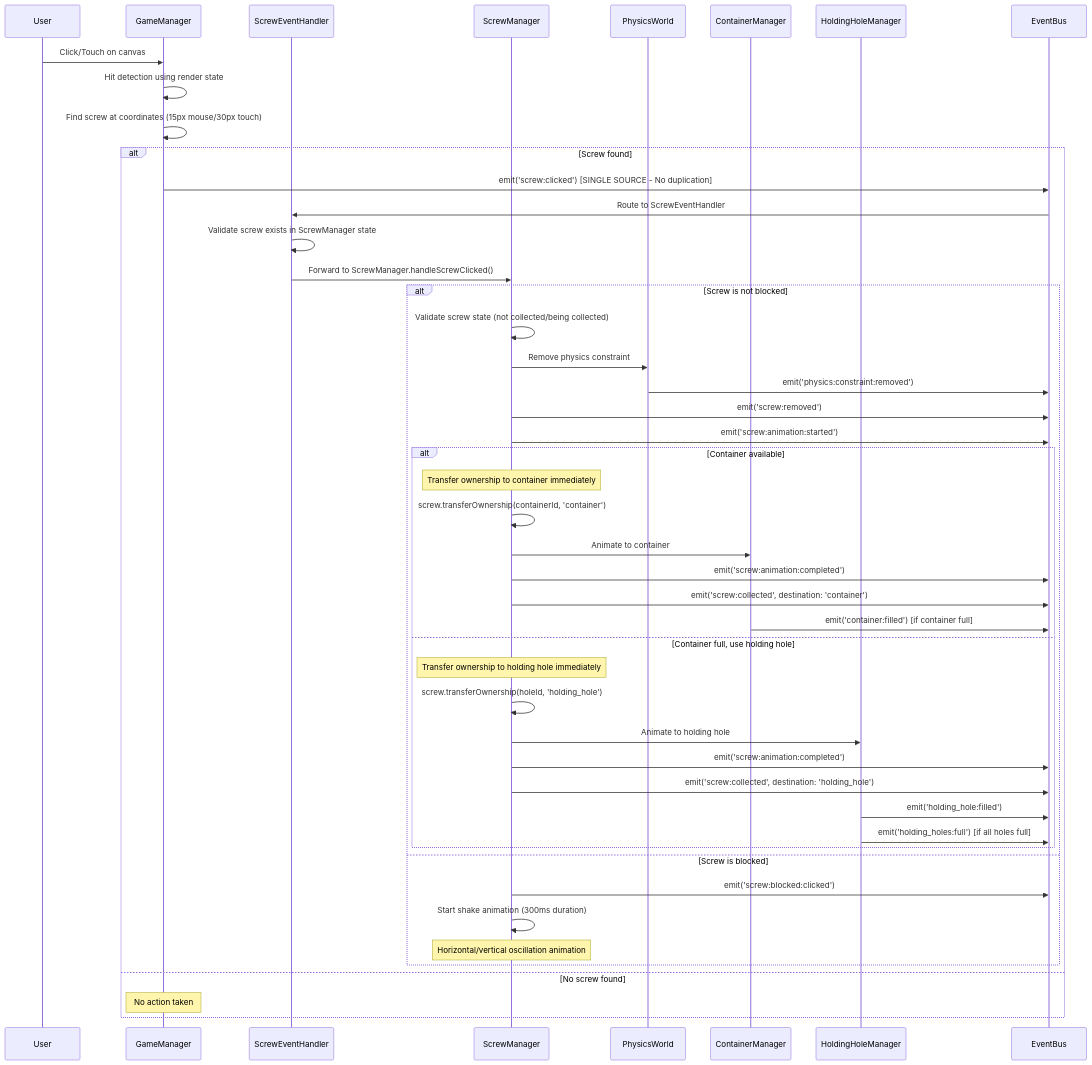
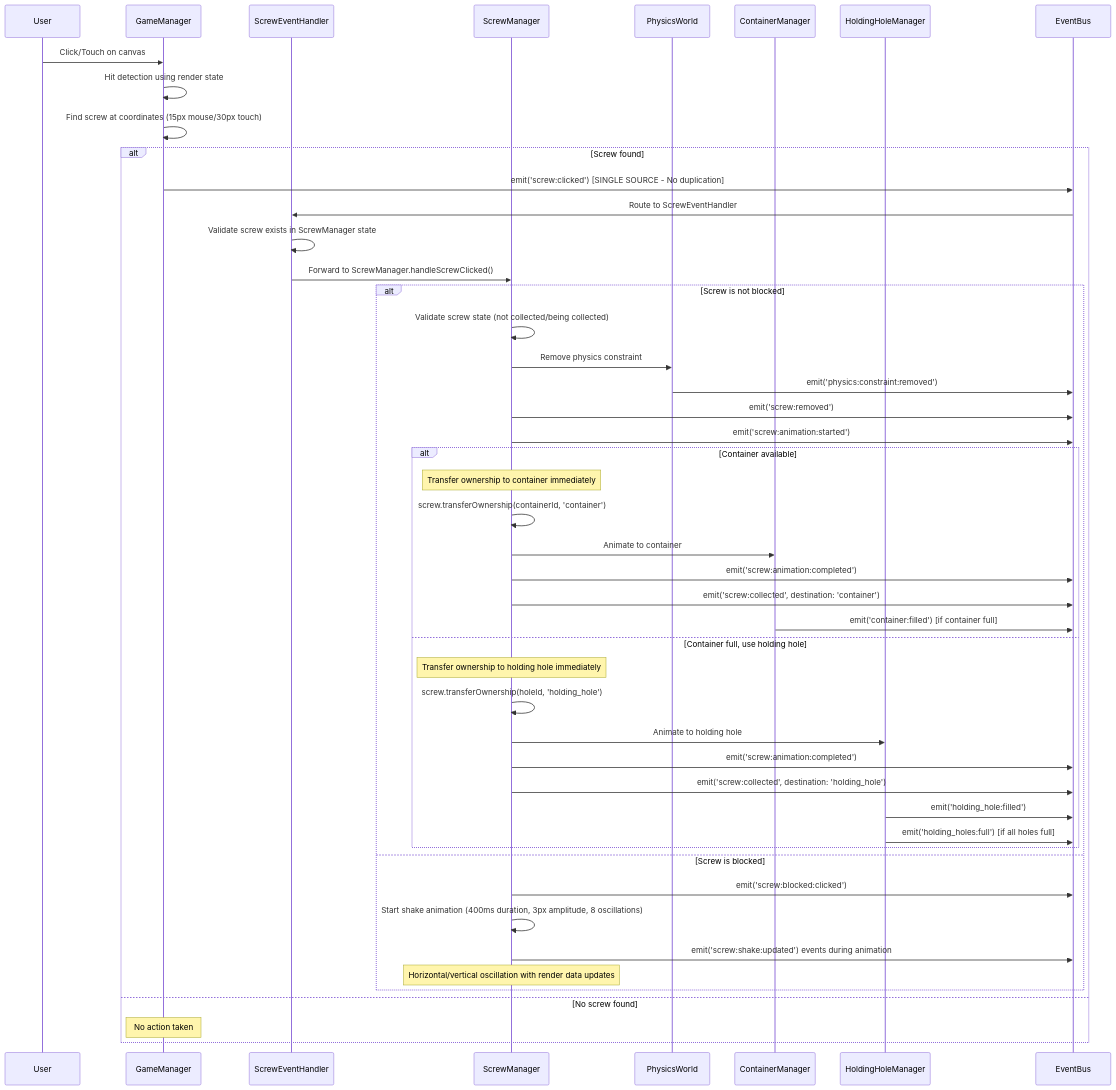
One commit to paulrobello/par-shape-2d changed the first of 6 diagrams in docs/game_event_flows.md. Above: the diagram before and after it, drawn with Mermaid. The commit also changed 3 other files, not shown here.

````diff
--- a/docs/game_event_flows.md
+++ b/docs/game_event_flows.md
@@ -166,53 +166,54 @@
 ```mermaid
 sequenceDiagram
     participant User
     participant GM as GameManager
     participant SEH as ScrewEventHandler
     participant SM as ScrewManager
     participant PM as PhysicsWorld
     participant CM as ContainerManager
     participant HM as HoldingHoleManager
     participant EB as EventBus
 
     User->>GM: Click/Touch on canvas
     GM->>GM: Hit detection using render state
     GM->>GM: Find screw at coordinates (15px mouse/30px touch)
     
     alt Screw found
         GM->>EB: emit('screw:clicked') [SINGLE SOURCE - No duplication]
         EB->>SEH: Route to ScrewEventHandler
         SEH->>SEH: Validate screw exists in ScrewManager state
         SEH->>SM: Forward to ScrewManager.handleScrewClicked()
         
         alt Screw is not blocked
             SM->>SM: Validate screw state (not collected/being collected)
             SM->>PM: Remove physics constraint
             PM->>EB: emit('physics:constraint:removed')
             SM->>EB: emit('screw:removed')
             SM->>EB: emit('screw:animation:started')
             
             alt Container available
                 Note over SM: Transfer ownership to container immediately
                 SM->>SM: screw.transferOwnership(containerId, 'container')
                 SM->>CM: Animate to container
                 SM->>EB: emit('screw:animation:completed')
                 SM->>EB: emit('screw:collected', destination: 'container')
                 CM->>EB: emit('container:filled') [if container full]
             else Container full, use holding hole
                 Note over SM: Transfer ownership to holding hole immediately
                 SM->>SM: screw.transferOwnership(holeId, 'holding_hole')
                 SM->>HM: Animate to holding hole
                 SM->>EB: emit('screw:animation:completed')
                 SM->>EB: emit('screw:collected', destination: 'holding_hole')
                 HM->>EB: emit('holding_hole:filled')
                 HM->>EB: emit('holding_holes:full') [if all holes full]
             end
         else Screw is blocked
             SM->>EB: emit('screw:blocked:clicked')
-            SM->>SM: Start shake animation (300ms duration)
-            Note over SM: Horizontal/vertical oscillation animation
+            SM->>SM: Start shake animation (400ms duration, 3px amplitude, 8 oscillations)
+            SM->>EB: emit('screw:shake:updated') events during animation
+            Note over SM: Horizontal/vertical oscillation with render data updates
         end
     else No screw found
         Note over GM: No action taken
     end
 ```
````
